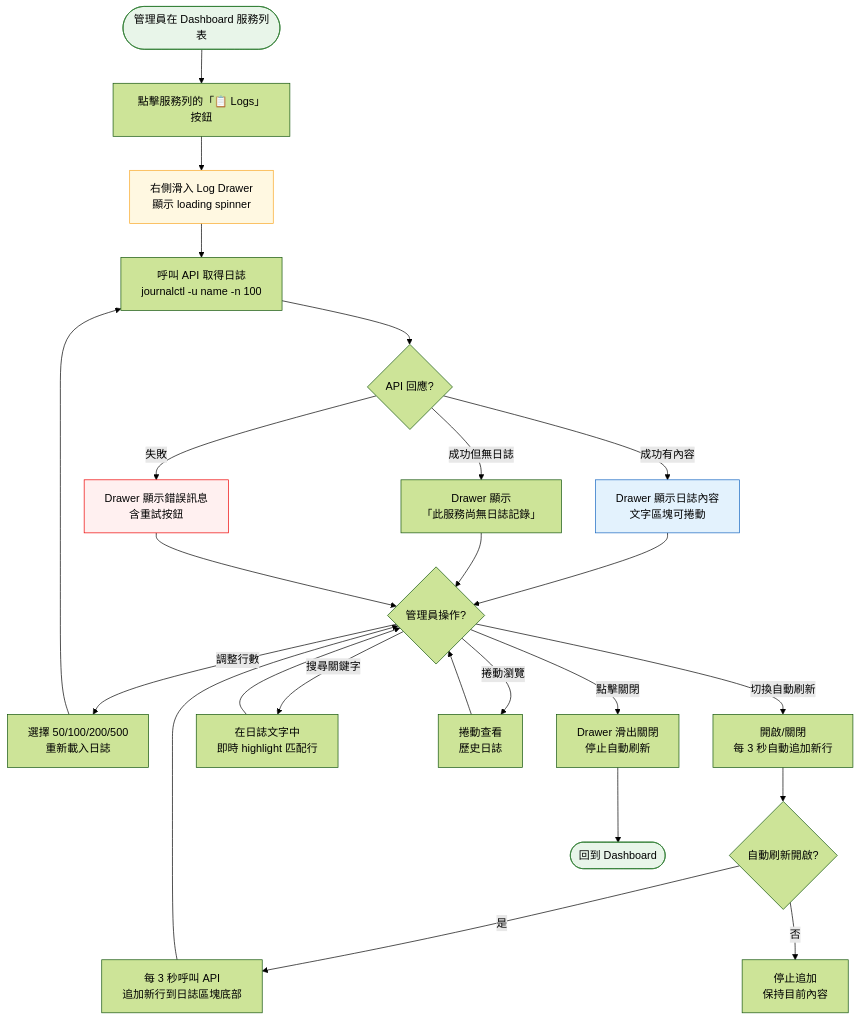
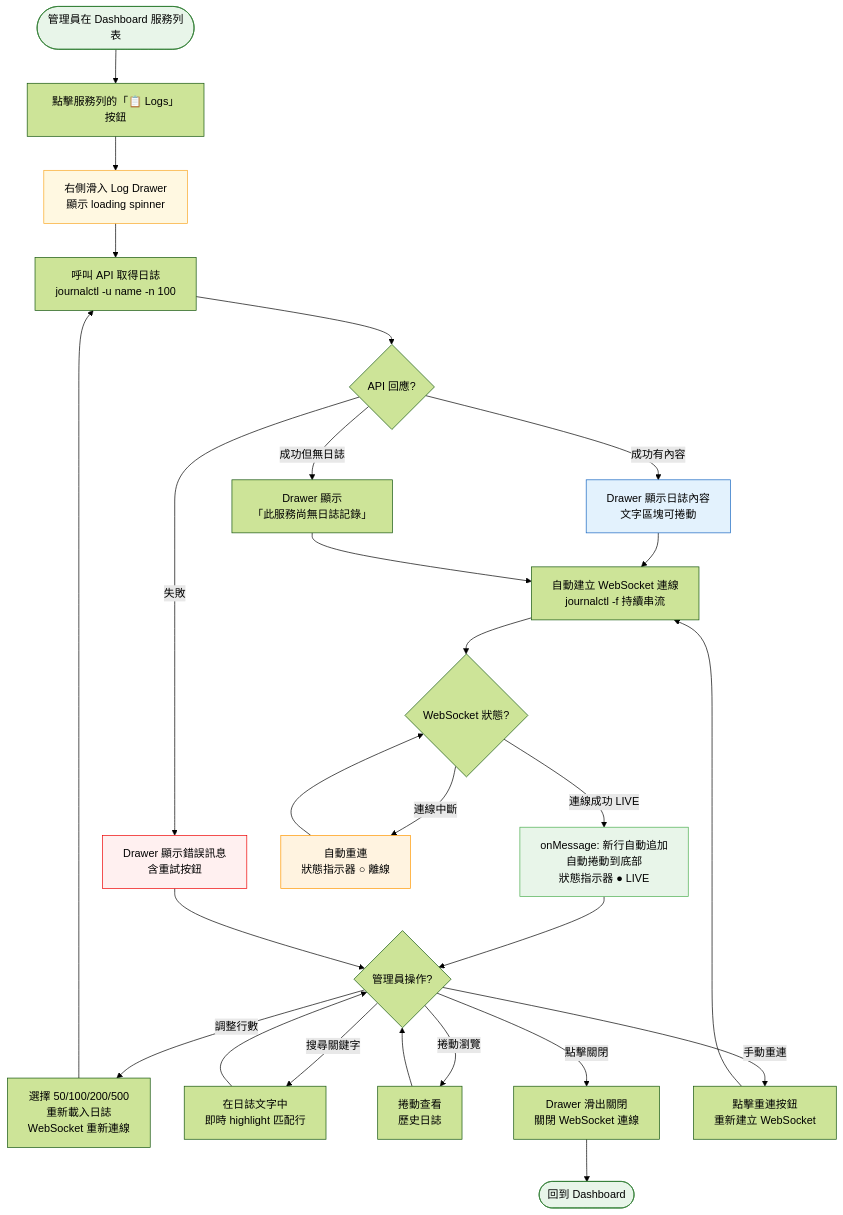
Before and after one commit to YuHaoLiaoSideProject/LinuxServiceManger: the first of 2 diagrams in docs/interaction-flows/005-journalctl-log-viewer.md, drawn with Mermaid (forest theme). The commit also changed other lines of this file and 6 other files, not shown here.

````diff
--- a/docs/interaction-flows/005-journalctl-log-viewer.md
+++ b/docs/interaction-flows/005-journalctl-log-viewer.md
@@ -32,43 +32,50 @@
 ```mermaid
 flowchart TD
     Start([管理員在 Dashboard 服務列表])
     ClickLogs[點擊服務列的「📋 Logs」按鈕]
     
     Start --> ClickLogs
     
     ClickLogs --> OpenDrawer[右側滑入 Log Drawer<br>顯示 loading spinner]
     
     OpenDrawer --> FetchLogs[呼叫 API 取得日誌<br>journalctl -u name -n 100]
     
     FetchLogs --> CheckResult{API 回應?}
     
     CheckResult -- 成功有內容 --> ShowLogs[Drawer 顯示日誌內容<br>文字區塊可捲動]
     CheckResult -- 成功但無日誌 --> ShowEmpty[Drawer 顯示<br>「此服務尚無日誌記錄」]
     CheckResult -- 失敗 --> ShowError[Drawer 顯示錯誤訊息<br>含重試按鈕]
     
-    ShowLogs --> UserInteract{管理員操作?}
-    ShowEmpty --> UserInteract
+    ShowLogs --> WsConnect[自動建立 WebSocket 連線<br>journalctl -f 持續串流]
+    ShowEmpty --> WsConnect
     
-    UserInteract -- 調整行數 --> ChangeLines[選擇 50/100/200/500<br>重新載入日誌]
-    UserInteract -- 切換自動刷新 --> ToggleRefresh[開啟/關閉<br>每 3 秒自動追加新行]
+    WsConnect --> WsStatus{WebSocket 狀態?}
+    
+    WsStatus -- 連線成功 LIVE --> Streaming[onMessage: 新行自動追加<br>自動捲動到底部<br>狀態指示器 ● LIVE]
+    WsStatus -- 連線中斷 --> WsReconnect[自動重連<br>狀態指示器 ○ 離線]
+    
+    WsReconnect --> WsStatus
+    Streaming --> UserInteract{管理員操作?}
+    
+    UserInteract -- 調整行數 --> ChangeLines[選擇 50/100/200/500<br>重新載入日誌<br>WebSocket 重新連線]
     UserInteract -- 搜尋關鍵字 --> SearchFilter[在日誌文字中<br>即時 highlight 匹配行]
     UserInteract -- 捲動瀏覽 --> Scroll[捲動查看<br>歷史日誌]
-    UserInteract -- 點擊關閉 --> CloseDrawer[Drawer 滑出關閉<br>停止自動刷新]
+    UserInteract -- 點擊關閉 --> CloseDrawer[Drawer 滑出關閉<br>關閉 WebSocket 連線]
+    UserInteract -- 手動重連 --> ManualReconnect[點擊重連按鈕<br>重新建立 WebSocket]
     
     ChangeLines --> FetchLogs
-    ToggleRefresh --> AutoRefresh{自動刷新開啟?}
-    AutoRefresh -- 是 --> TailLogs[每 3 秒呼叫 API<br>追加新行到日誌區塊底部]
-    AutoRefresh -- 否 --> Idle[停止追加<br>保持目前內容]
-    TailLogs --> UserInteract
+    ManualReconnect --> WsConnect
     SearchFilter --> UserInteract
     Scroll --> UserInteract
     
     CloseDrawer --> Dashboard([回到 Dashboard])
     ShowError --> UserInteract
 
     style Start fill:#e8f5e9,stroke:#2e7d32
     style Dashboard fill:#e8f5e9,stroke:#2e7d32
     style ShowError fill:#fff0f0,stroke:#e00
     style ShowLogs fill:#e3f2fd,stroke:#1565c0
     style OpenDrawer fill:#fff8e1,stroke:#f9a825
+    style Streaming fill:#e8f5e9,stroke:#4caf50
+    style WsReconnect fill:#fff3e0,stroke:#ff9800
 ```
````
